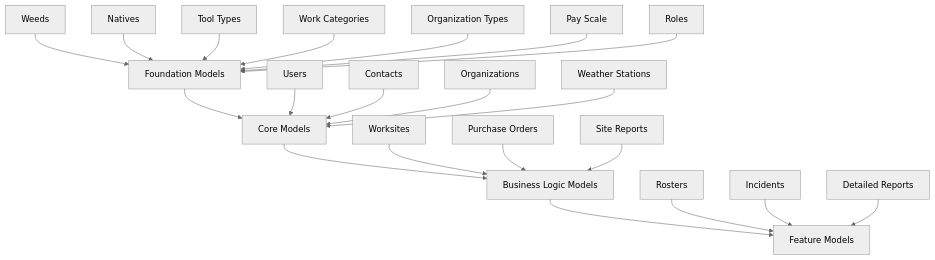
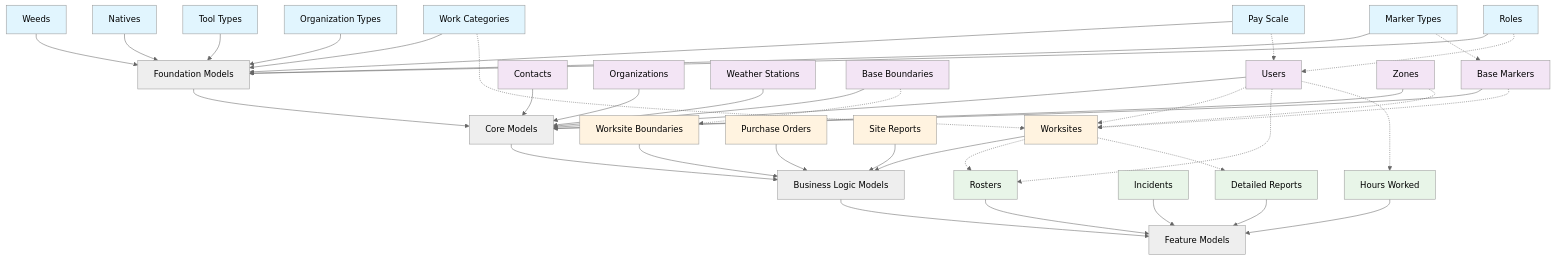
Before and after one commit to mrau66/mrau66.github.io: the diagram in index.md, drawn with Mermaid (neutral theme).

Commit message:
Fix: main diagram updated

````diff
--- a/index.md
+++ b/index.md
@@ -65,27 +65,62 @@
 ```mermaid
 graph TD
     A[Foundation Models] --> B[Core Models]    
     B --> C[Business Logic Models] 
     C --> D[Feature Models]
     
+    %% Foundation Models (no dependencies)
     A1[Weeds] --> A
     A2[Natives] --> A
     A3[Tool Types] --> A
     A4[Work Categories] --> A
     A5[Organization Types] --> A
     A6[Pay Scale] --> A
     A7[Roles] --> A
+    A8[Marker Types] --> A
     
+    %% Core Models (depend on Foundation)
     B1[Users] --> B
     B2[Contacts] --> B
     B3[Organizations] --> B
     B4[Weather Stations] --> B
+    B5[Base Boundaries] --> B
+    B6[Base Markers] --> B
+    B7[Zones] --> B
     
+    %% Business Logic Models (depend on Core + Foundation)
     C1[Worksites] --> C
     C2[Purchase Orders] --> C
     C3[Site Reports] --> C
+    C4[Worksite Boundaries] --> C
     
+    %% Feature Models (depend on all previous layers)
     D1[Rosters] --> D
     D2[Incidents] --> D
     D3[Detailed Reports] --> D
+    D4[Hours Worked] --> D
+    
+    %% Key Dependencies (shown as dotted lines)
+    A6 -.-> B1
+    A7 -.-> B1
+    A8 -.-> B6
+    B1 -.-> C1
+    B5 -.-> C4
+    B6 -.-> C1
+    B7 -.-> C1
+    A4 -.-> C1
+    C1 -.-> D1
+    C1 -.-> D3
+    B1 -.-> D1
+    B1 -.-> D4
+    
+    %% Styling
+    classDef foundation fill:#e1f5fe
+    classDef core fill:#f3e5f5
+    classDef business fill:#fff3e0
+    classDef feature fill:#e8f5e8
+    
+    class A1,A2,A3,A4,A5,A6,A7,A8 foundation
+    class B1,B2,B3,B4,B5,B6,B7 core
+    class C1,C2,C3,C4 business
+    class D1,D2,D3,D4 feature
 ```
````
